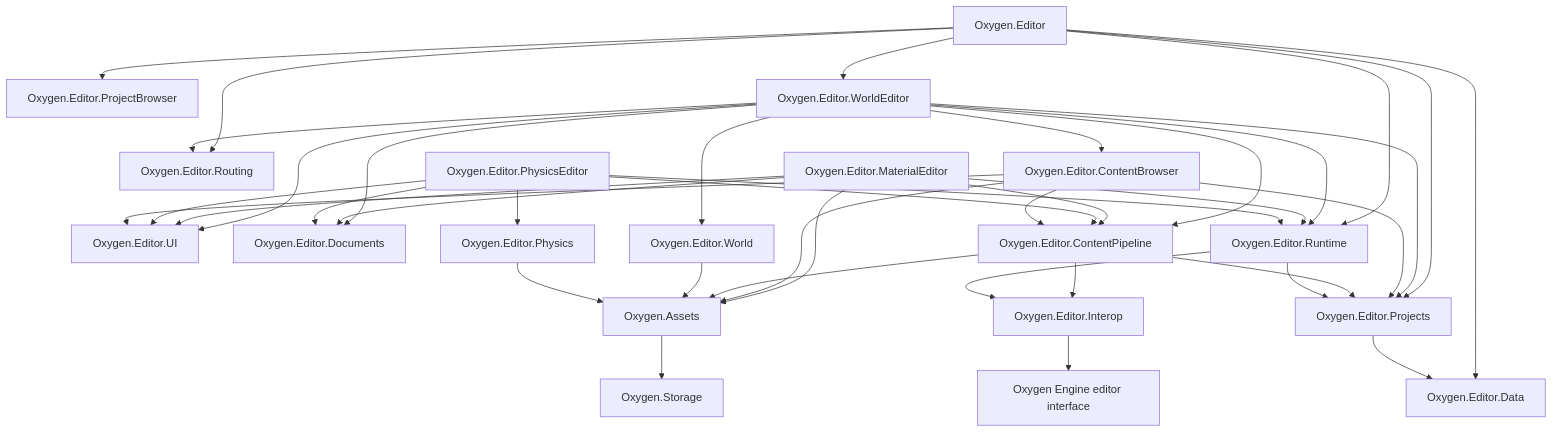
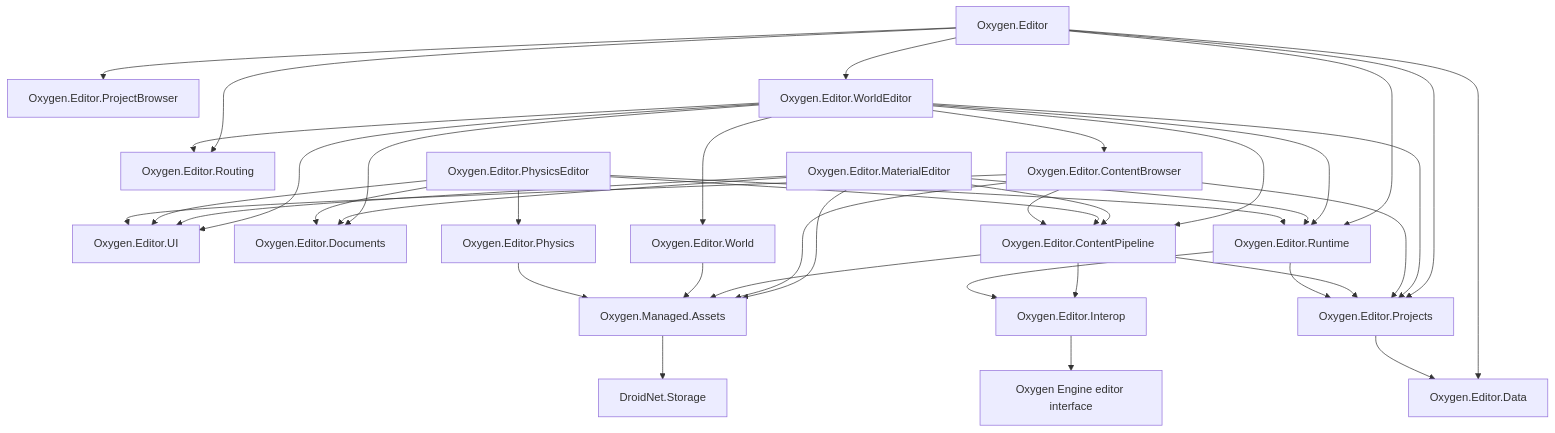
One commit to abdes/DroidNet changed the tenth of 10 diagrams in design/editor/ARCHITECTURE.md. Above: the diagram before and after it, drawn with Mermaid. The commit also changed other lines of this file and 618 other files, not shown here.

First line of the commit message:
refactor(oxygen): rename managed modules

````diff
--- a/design/editor/ARCHITECTURE.md
+++ b/design/editor/ARCHITECTURE.md
@@ -980,61 +980,61 @@
 ```mermaid
 flowchart TB
     App[Oxygen.Editor]
     UI[Oxygen.Editor.UI]
     Routing[Oxygen.Editor.Routing]
     PB[Oxygen.Editor.ProjectBrowser]
     Docs[Oxygen.Editor.Documents]
     WorldEditor[Oxygen.Editor.WorldEditor]
     MaterialEditor[Oxygen.Editor.MaterialEditor]
     PhysicsEditor[Oxygen.Editor.PhysicsEditor]
     ContentBrowser[Oxygen.Editor.ContentBrowser]
     Projects[Oxygen.Editor.Projects]
     Pipeline[Oxygen.Editor.ContentPipeline]
     Runtime[Oxygen.Editor.Runtime]
     Interop[Oxygen.Editor.Interop]
     World[Oxygen.Editor.World]
     Physics[Oxygen.Editor.Physics]
     Data[Oxygen.Editor.Data]
-    Assets[Oxygen.Assets]
-    Storage[Oxygen.Storage]
+    Assets[Oxygen.Managed.Assets]
+    Storage[DroidNet.Storage]
     Engine[Oxygen Engine editor interface]
 
     App --> PB
     App --> WorldEditor
     App --> Projects
     App --> Runtime
     App --> Data
     App --> Routing
     WorldEditor --> UI
     WorldEditor --> Routing
     WorldEditor --> Docs
     WorldEditor --> World
     WorldEditor --> ContentBrowser
     WorldEditor --> Projects
     WorldEditor --> Pipeline
     WorldEditor --> Runtime
     MaterialEditor --> UI
     MaterialEditor --> Docs
     MaterialEditor --> Assets
     MaterialEditor --> Pipeline
     MaterialEditor --> Runtime
     PhysicsEditor --> UI
     PhysicsEditor --> Docs
     PhysicsEditor --> Physics
     PhysicsEditor --> Pipeline
     PhysicsEditor --> Runtime
     ContentBrowser --> UI
     ContentBrowser --> Assets
     ContentBrowser --> Projects
     ContentBrowser --> Pipeline
     Pipeline --> Assets
     Pipeline --> Projects
     Pipeline --> Interop
     Runtime --> Interop
     Runtime --> Projects
     Interop --> Engine
     World --> Assets
     Physics --> Assets
     Assets --> Storage
     Projects --> Data
 ```
````
